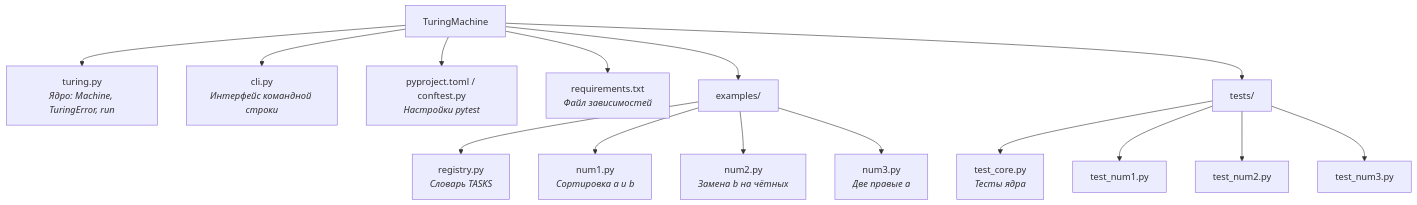
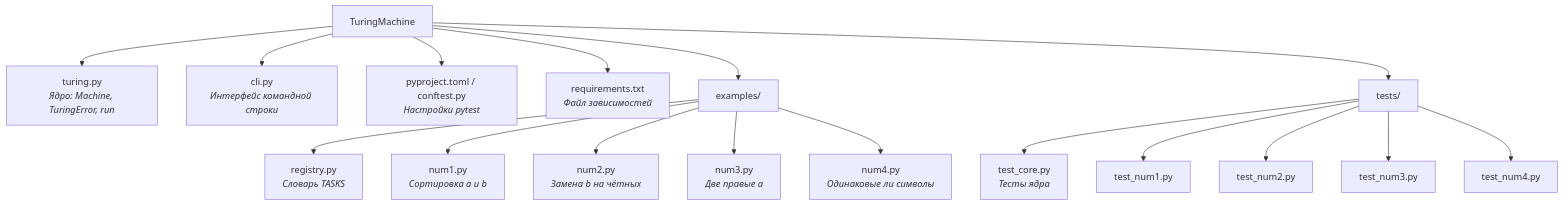
Before and after one commit to etxrnxlll/Turing-Machine-Interpreter: the diagram in README.md, drawn with Mermaid. The commit also changed other lines of this file and 3 other files, not shown here.

````diff
--- a/README.md
+++ b/README.md
@@ -7,19 +7,21 @@
 ```mermaid
 graph TD
     Root[TuringMachine] --> Core[turing.py<br><i>Ядро: Machine, TuringError, run</i>]
     Root --> CLI[cli.py<br><i>Интерфейс командной строки</i>]
     Root --> Config[pyproject.toml / conftest.py<br><i>Настройки pytest</i>]
     Root --> Requirements[requirements.txt<br><i>Файл зависимостей</i>]
 
     Root --> Examples[examples/]
     Examples --> Reg[registry.py<br><i>Словарь TASKS</i>]
     Examples --> N1[num1.py<br><i>Сортировка a и b</i>]
     Examples --> N2[num2.py<br><i>Замена b на чётных</i>]
     Examples --> N3[num3.py<br><i>Две правые a</i>]
+    Examples --> N4[num4.py<br><i>Одинаковые ли символы</i>]
     
     Root --> Tests[tests/]
     Tests --> TC[test_core.py<br><i>Тесты ядра</i>]
     Tests --> T1[test_num1.py]
     Tests --> T2[test_num2.py]
     Tests --> T3[test_num3.py]
+    Tests --> T4[test_num4.py]
 ```
````
